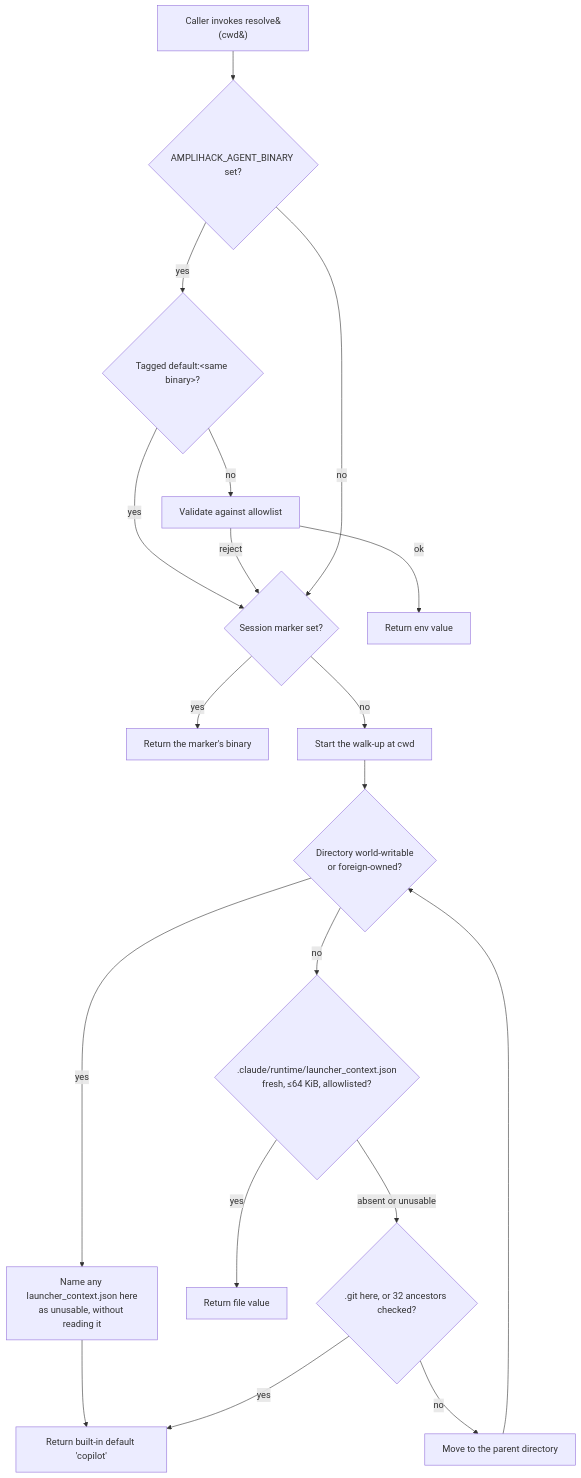
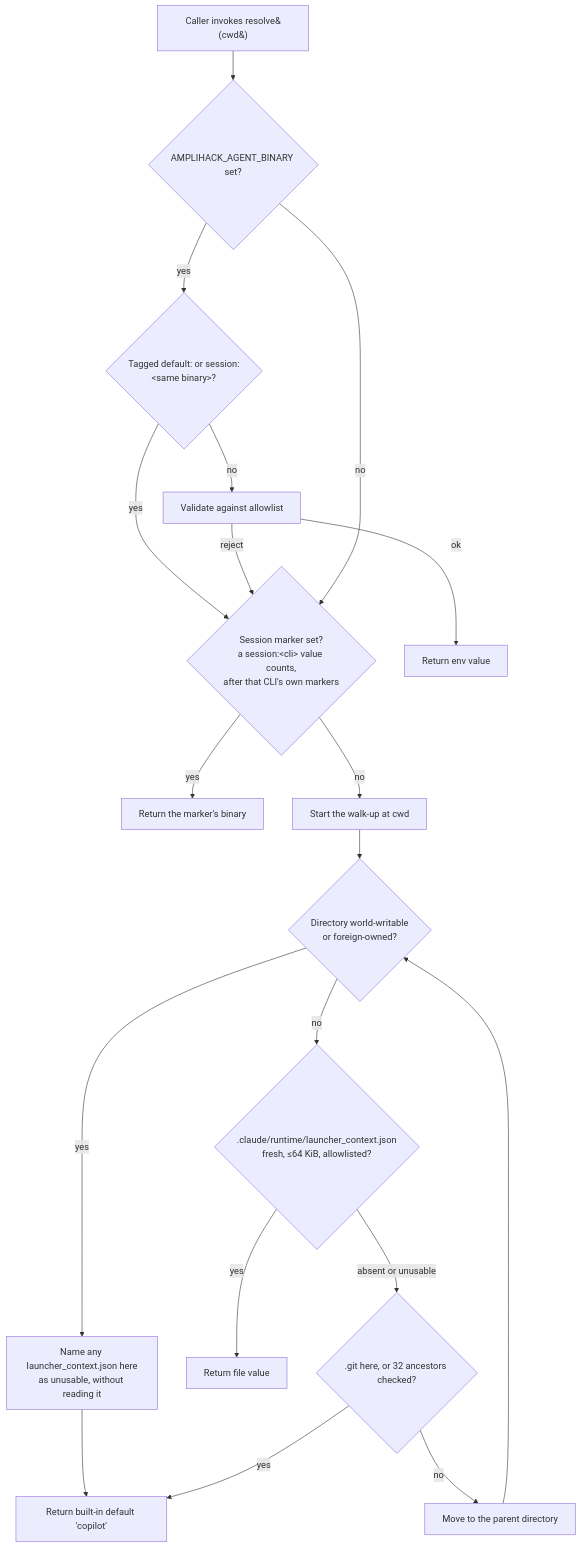
Before and after one commit to rysweet/amplihack-rs: the first of 2 diagrams in docs/concepts/agent-binary-routing.md, drawn with Mermaid. The commit also changed other lines of this file and 21 other files, not shown here.

````diff
--- a/docs/concepts/agent-binary-routing.md
+++ b/docs/concepts/agent-binary-routing.md
@@ -62,19 +64,19 @@
 ```mermaid
 flowchart TD
     A[Caller invokes resolve&#40;cwd&#41;] --> B{AMPLIHACK_AGENT_BINARY set?}
-    B -- yes --> T{Tagged default:&lt;same binary&gt;?}
+    B -- yes --> T{Tagged default: or session:<br/>&lt;same binary&gt;?}
     T -- yes --> M
     T -- no --> V1[Validate against allowlist]
     V1 -- ok --> R1[Return env value]
     V1 -- reject --> M
-    B -- no --> M{Session marker set?}
+    B -- no --> M{Session marker set?<br/>a session:&lt;cli&gt; value counts,<br/>after that CLI's own markers}
     M -- yes --> R2[Return the marker's binary]
     M -- no --> L1[Start the walk-up at cwd]
     L1 --> U{Directory world-writable<br/>or foreign-owned?}
     U -- yes --> N[Name any launcher_context.json here<br/>as unusable, without reading it] --> D
     U -- no --> F{.claude/runtime/launcher_context.json<br/>fresh, ≤64 KiB, allowlisted?}
     F -- yes --> R3[Return file value]
     F -- absent or unusable --> G{.git here, or 32 ancestors checked?}
     G -- yes --> D[Return built-in default 'copilot']
     G -- no --> L2[Move to the parent directory] --> U
 ```
````
